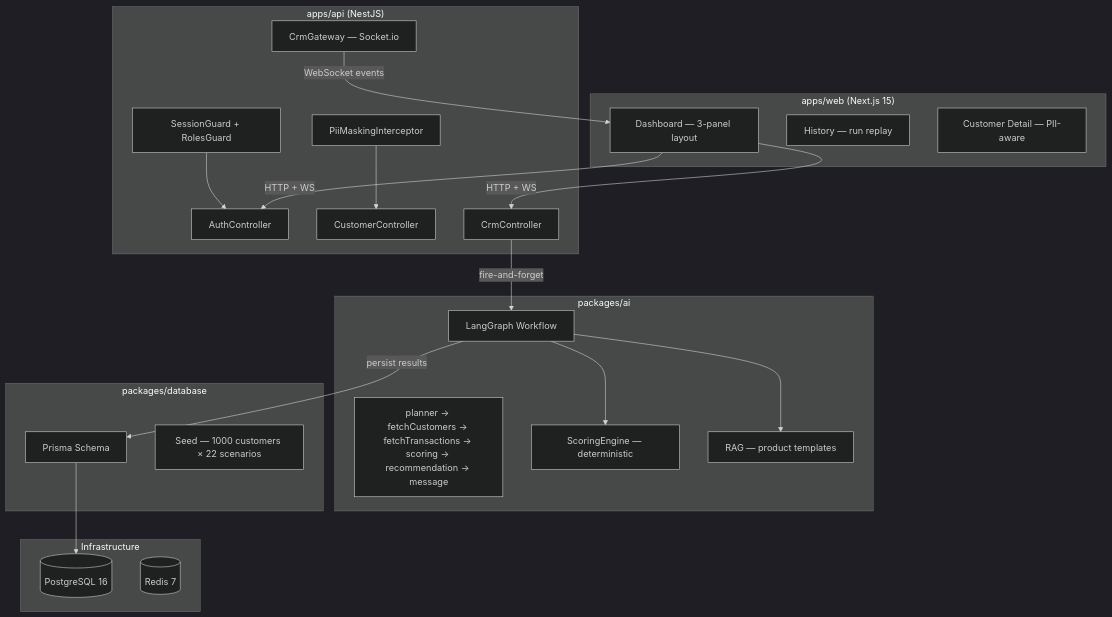
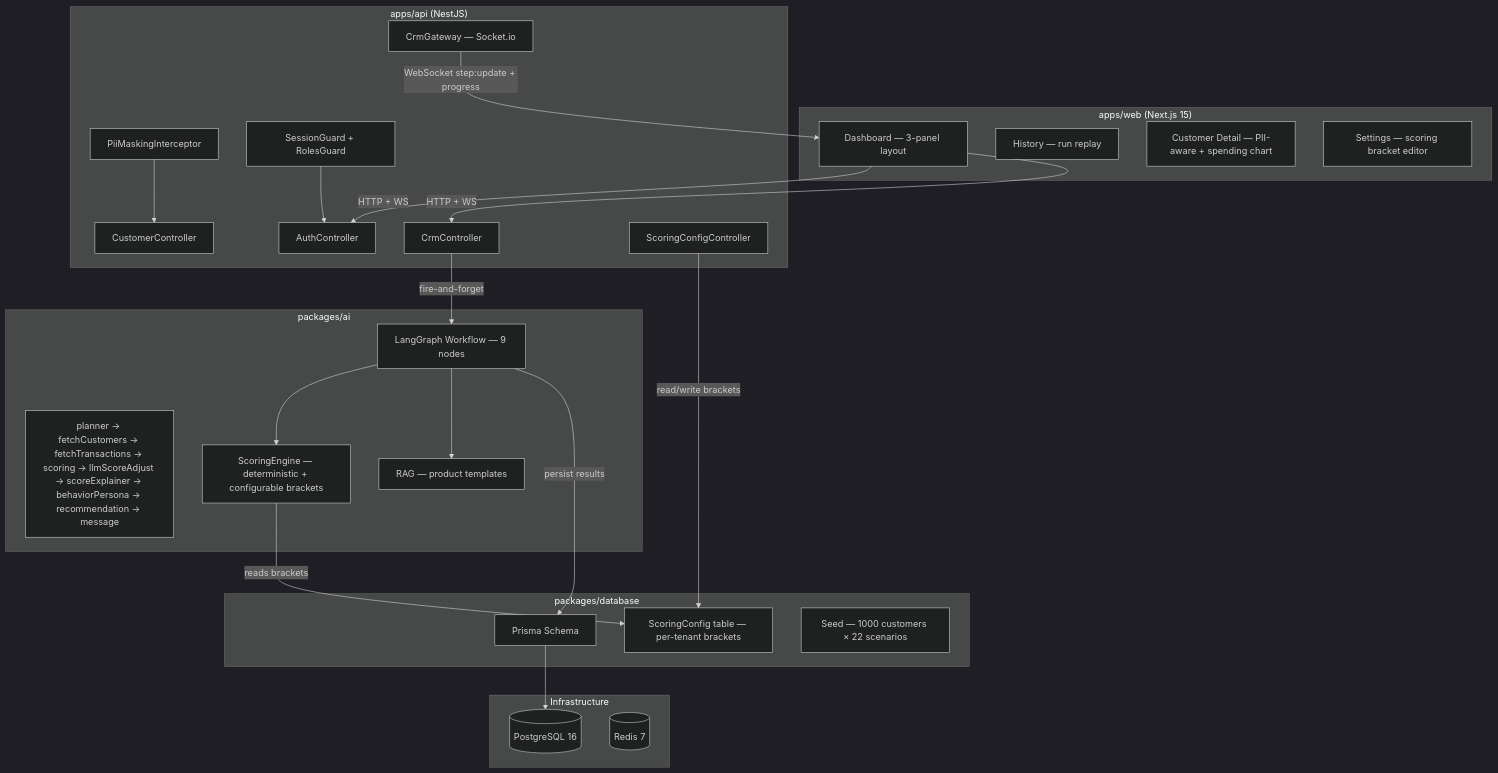
Before and after one commit to amitdev-code/banking-agent: the diagram in README.md, drawn with Mermaid (dark theme). The commit also changed other lines of this file, not shown here.

Commit message:
docs: update readme with architecture changes and new feature documentation

````diff
--- a/README.md
+++ b/README.md
@@ -7,45 +7,50 @@
 ```mermaid
 graph TD
     subgraph "apps/web (Next.js 15)"
         A[Dashboard — 3-panel layout]
         B[History — run replay]
-        C[Customer Detail — PII-aware]
+        C[Customer Detail — PII-aware + spending chart]
+        D[Settings — scoring bracket editor]
     end
 
     subgraph "apps/api (NestJS)"
-        D[AuthController]
-        E[CustomerController]
-        F[CrmController]
-        G[CrmGateway — Socket.io]
-        H[PiiMaskingInterceptor]
-        I[SessionGuard + RolesGuard]
+        E[AuthController]
+        F[CustomerController]
+        G[CrmController]
+        H[ScoringConfigController]
+        I[CrmGateway — Socket.io]
+        J[PiiMaskingInterceptor]
+        K[SessionGuard + RolesGuard]
     end
 
     subgraph "packages/ai"
-        J[LangGraph Workflow]
-        K[planner → fetchCustomers → fetchTransactions → scoring → recommendation → message]
-        L[ScoringEngine — deterministic]
-        M[RAG — product templates]
+        L[LangGraph Workflow — 9 nodes]
+        M[planner → fetchCustomers → fetchTransactions → scoring → llmScoreAdjust → scoreExplainer → behaviorPersona → recommendation → message]
+        N[ScoringEngine — deterministic + configurable brackets]
+        O[RAG — product templates]
     end
 
     subgraph "packages/database"
-        N[Prisma Schema]
-        O[Seed — 1000 customers × 22 scenarios]
+        P[Prisma Schema]
+        Q[ScoringConfig table — per-tenant brackets]
+        R[Seed — 1000 customers × 22 scenarios]
     end
 
     subgraph "Infrastructure"
-        P[(PostgreSQL 16)]
-        Q[(Redis 7)]
+        S[(PostgreSQL 16)]
+        T[(Redis 7)]
     end
 
-    A -->|HTTP + WS| D
-    A -->|HTTP + WS| F
-    F -->|fire-and-forget| J
-    G -->|WebSocket events| A
-    J --> L
-    J --> M
-    J -->|persist results| N
-    N --> P
-    H --> E
-    I --> D
+    A -->|HTTP + WS| E
+    A -->|HTTP + WS| G
+    G -->|fire-and-forget| L
+    I -->|WebSocket step:update + progress| A
+    L --> N
+    L --> O
+    L -->|persist results| P
+    P --> S
+    J --> F
+    K --> E
+    H -->|read/write brackets| Q
+    N -->|reads brackets| Q
 ```
````
